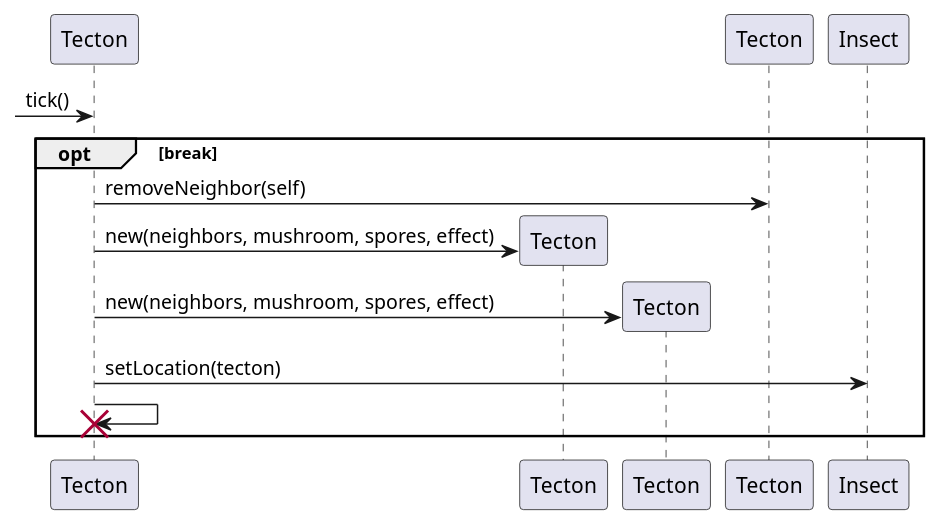
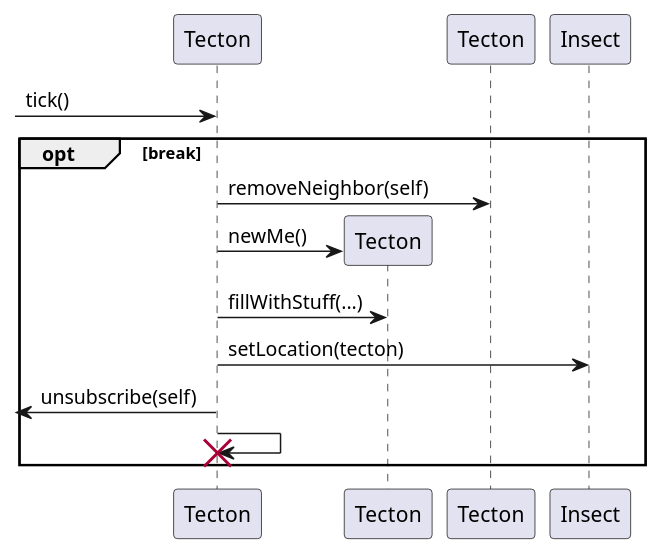
The diagram in tecton-break-seq.pu (ZD4ve/projlab-error521), drawn with PlantUML before and after one commit.

Commit message:
tecton break started

```diff
--- a/tecton-break-seq.pu
+++ b/tecton-break-seq.pu
@@ -1,21 +1,24 @@
 @startuml
 participant Tecton as Dying
 participant Tecton as Neighbors order 100
 participant Insect as Insects order 101
 
 -> Dying : tick()
 opt break
 
 Dying -> Neighbors : removeNeighbor(self)
 
 create Tecton as New1
-Dying -> New1 : new(neighbors, mushroom, spores, effect)
-create Tecton as New2
-Dying -> New2 : new(neighbors, mushroom, spores, effect)
+Dying -> New1 : newMe()
+Dying -> New1 : fillWithStuff(...)
 
+' set location on moved objects ...
 Dying -> Insects : setLocation(tecton)
+
+' unsubscribe from tick
+<- Dying : unsubscribe(self)
 
 Dying -> Dying !!
 end
 
 @enduml
```
